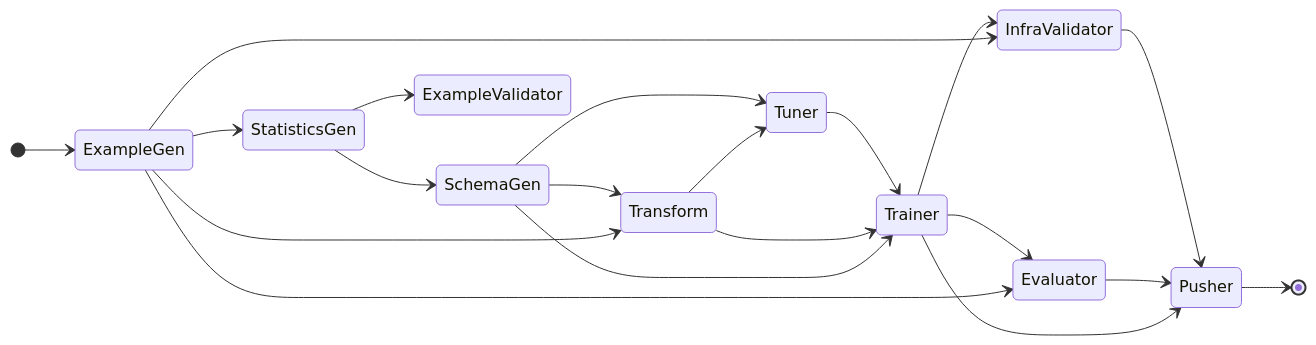
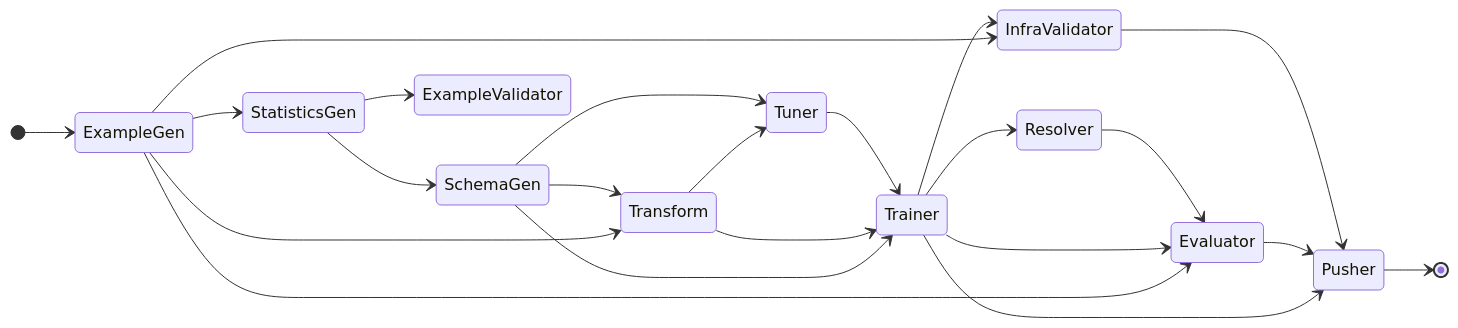
One commit to JanetVictorious/tfx-pipeline changed the diagram in README.md. Above: the diagram before and after it, drawn with Mermaid. The commit also changed other lines of this file, not shown here.

````diff
--- a/README.md
+++ b/README.md
@@ -31,23 +31,25 @@
 ```mermaid
 stateDiagram-v2
     direction LR
     [*] --> ExampleGen
     ExampleGen --> StatisticsGen
     StatisticsGen --> SchemaGen
     StatisticsGen --> ExampleValidator
     ExampleGen --> Transform
     SchemaGen --> Transform
     Transform --> Tuner
     SchemaGen --> Tuner
     SchemaGen --> Trainer
     Transform --> Trainer
     Tuner --> Trainer
+    Trainer --> Resolver
     ExampleGen --> Evaluator
     Trainer --> Evaluator
+    Resolver --> Evaluator
     ExampleGen --> InfraValidator
     Trainer --> InfraValidator
     Trainer --> Pusher
     Evaluator --> Pusher
     InfraValidator --> Pusher
     Pusher --> [*]
 ```
````
